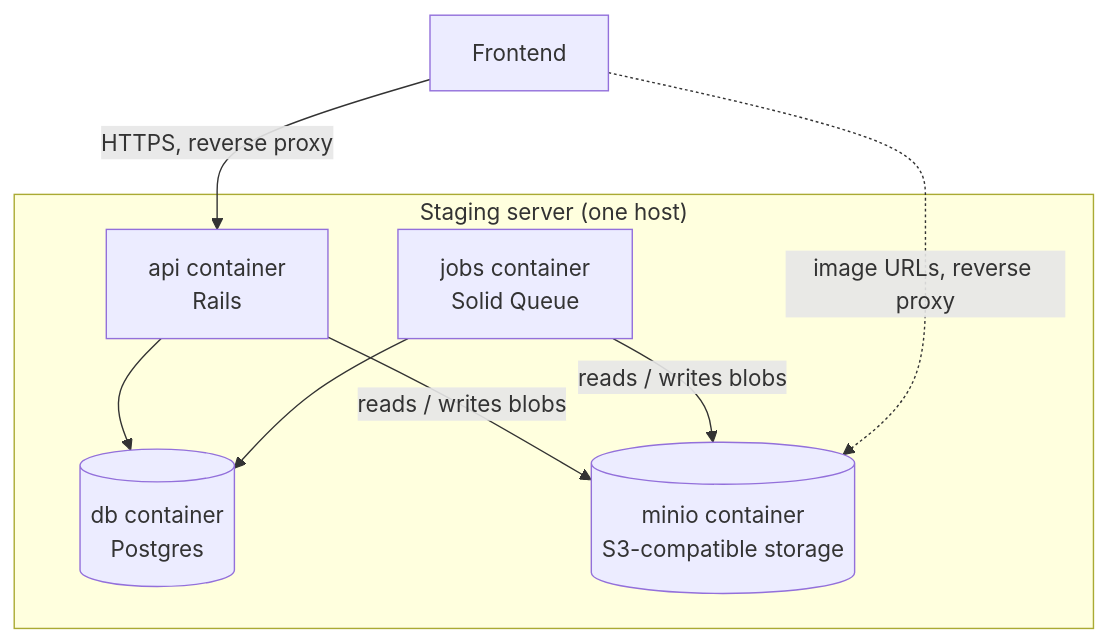
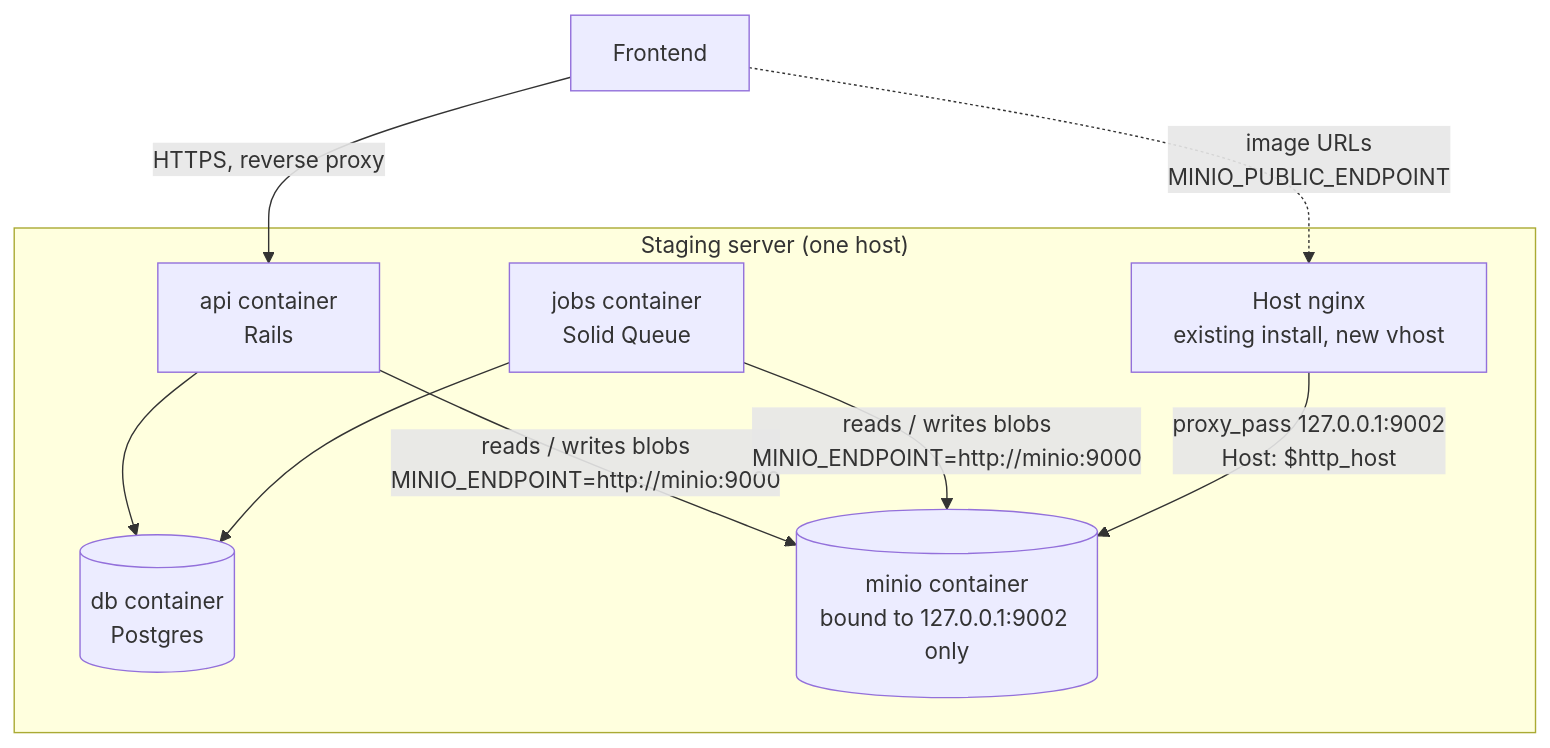
One commit to arya020595/st_dofi_backend changed the first of 5 diagrams in docs/MINIO.md. Above: the diagram before and after it, drawn with Mermaid. The commit also changed other lines of this file and 8 other files, not shown here.

````diff
--- a/docs/MINIO.md
+++ b/docs/MINIO.md
@@ -33,15 +64,17 @@
 ```mermaid
 graph TB
     subgraph Staging["Staging server (one host)"]
         API[api container<br/>Rails]
         JOBS[jobs container<br/>Solid Queue]
         DB[("db container<br/>Postgres")]
-        MINIO[("minio container<br/>S3-compatible storage")]
-        API -->|reads / writes blobs| MINIO
-        JOBS -->|reads / writes blobs| MINIO
+        MINIO[("minio container<br/>bound to 127.0.0.1:9002 only")]
+        PROXY[Host nginx<br/>existing install, new vhost]
+        API -->|reads / writes blobs<br/>MINIO_ENDPOINT=http://minio:9000| MINIO
+        JOBS -->|reads / writes blobs<br/>MINIO_ENDPOINT=http://minio:9000| MINIO
+        PROXY -->|proxy_pass 127.0.0.1:9002<br/>Host: $http_host| MINIO
         API --> DB
         JOBS --> DB
     end
     FE[Frontend] -->|HTTPS, reverse proxy| API
-    FE -.->|image URLs, reverse proxy| MINIO
+    FE -.->|image URLs<br/>MINIO_PUBLIC_ENDPOINT| PROXY
 ```
````
